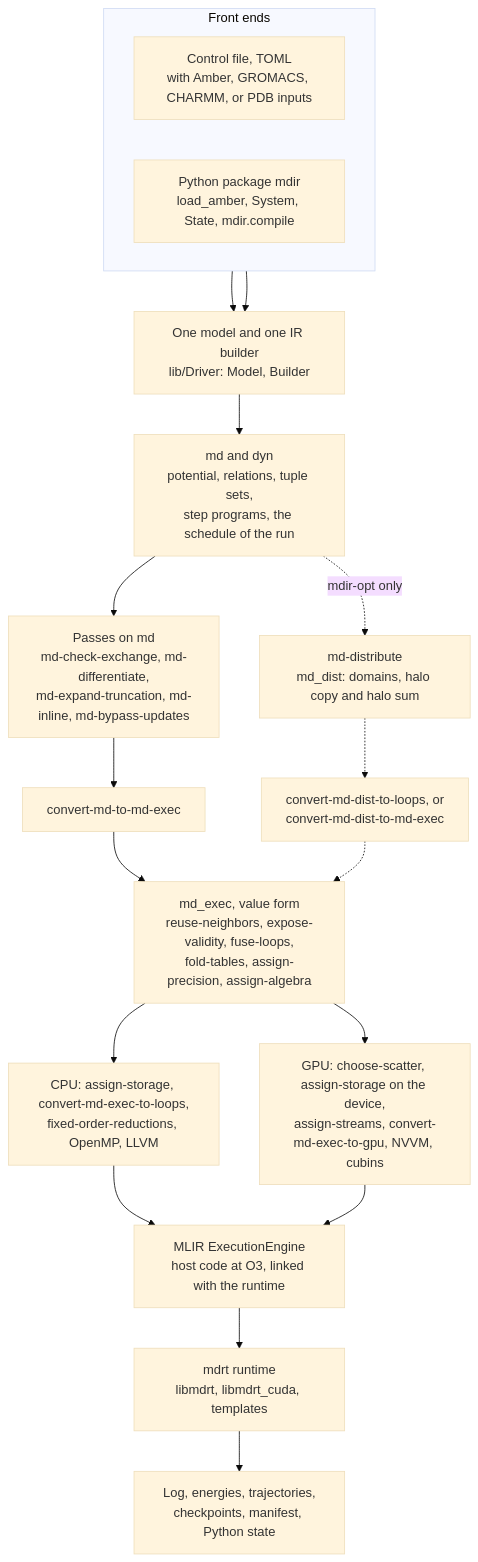
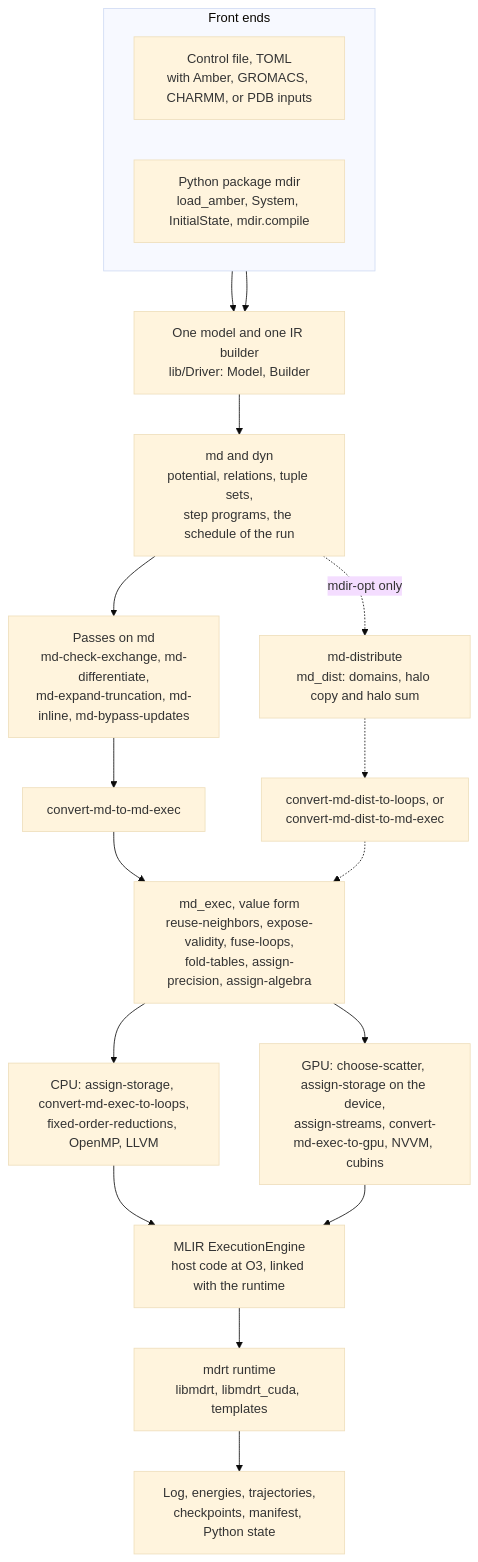
One commit to vv137/mdir changed the first of 4 diagrams in docs/overview.md. Above: the diagram before and after it, drawn with Mermaid (base theme). The commit also changed other lines of this file, not shown here.

Commit message:
Name the Python classes as the package defines them

````diff
--- a/docs/overview.md
+++ b/docs/overview.md
@@ -72,23 +72,23 @@
 ```mermaid
 flowchart TD
     subgraph FE["Front ends"]
         direction LR
         CF["Control file, TOML<br/>with Amber, GROMACS, CHARMM, or PDB inputs"]
-        PY["Python package mdir<br/>load_amber, System, State, mdir.compile"]
+        PY["Python package mdir<br/>load_amber, System, InitialState, mdir.compile"]
     end
     CF --> MODEL["One model and one IR builder<br/>lib/Driver: Model, Builder"]
     PY --> MODEL
     MODEL --> SEM["md and dyn<br/>potential, relations, tuple sets,<br/>step programs, the schedule of the run"]
     SEM --> MDP["Passes on md<br/>md-check-exchange, md-differentiate,<br/>md-expand-truncation, md-inline, md-bypass-updates"]
     MDP --> CONV["convert-md-to-md-exec"]
     CONV --> EXV["md_exec, value form<br/>reuse-neighbors, expose-validity, fuse-loops,<br/>fold-tables, assign-precision, assign-algebra"]
     EXV --> CPU["CPU: assign-storage, convert-md-exec-to-loops,<br/>fixed-order-reductions, OpenMP, LLVM"]
     EXV --> GPU["GPU: choose-scatter, assign-storage on the device,<br/>assign-streams, convert-md-exec-to-gpu, NVVM, cubins"]
     CPU --> JIT["MLIR ExecutionEngine<br/>host code at O3, linked with the runtime"]
     GPU --> JIT
     JIT --> RT["mdrt runtime<br/>libmdrt, libmdrt_cuda, templates"]
     RT --> OUT["Log, energies, trajectories,<br/>checkpoints, manifest, Python state"]
     SEM -.->|"mdir-opt only"| DIST["md-distribute<br/>md_dist: domains, halo copy and halo sum"]
     DIST -.-> DL["convert-md-dist-to-loops, or<br/>convert-md-dist-to-md-exec"]
     DL -.-> EXV
 ```
````
